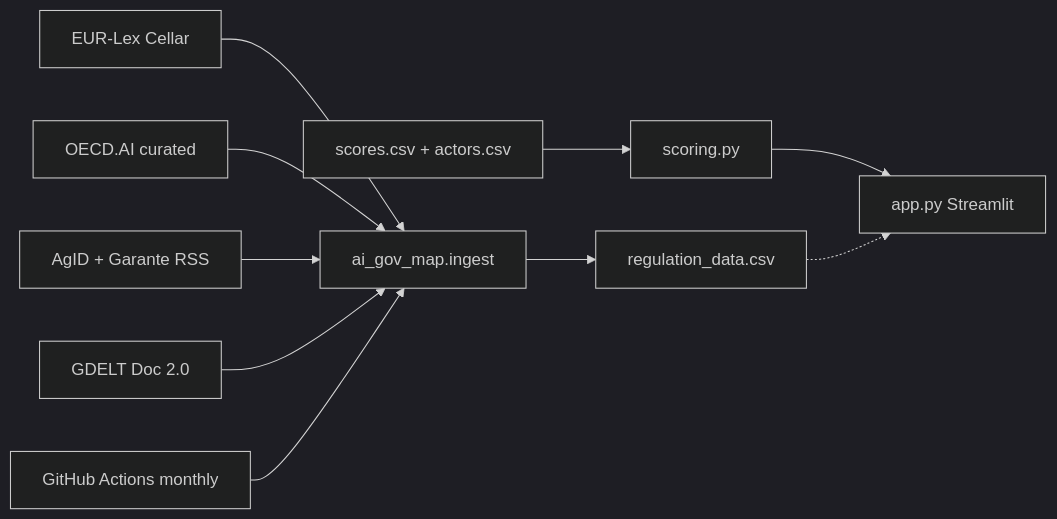
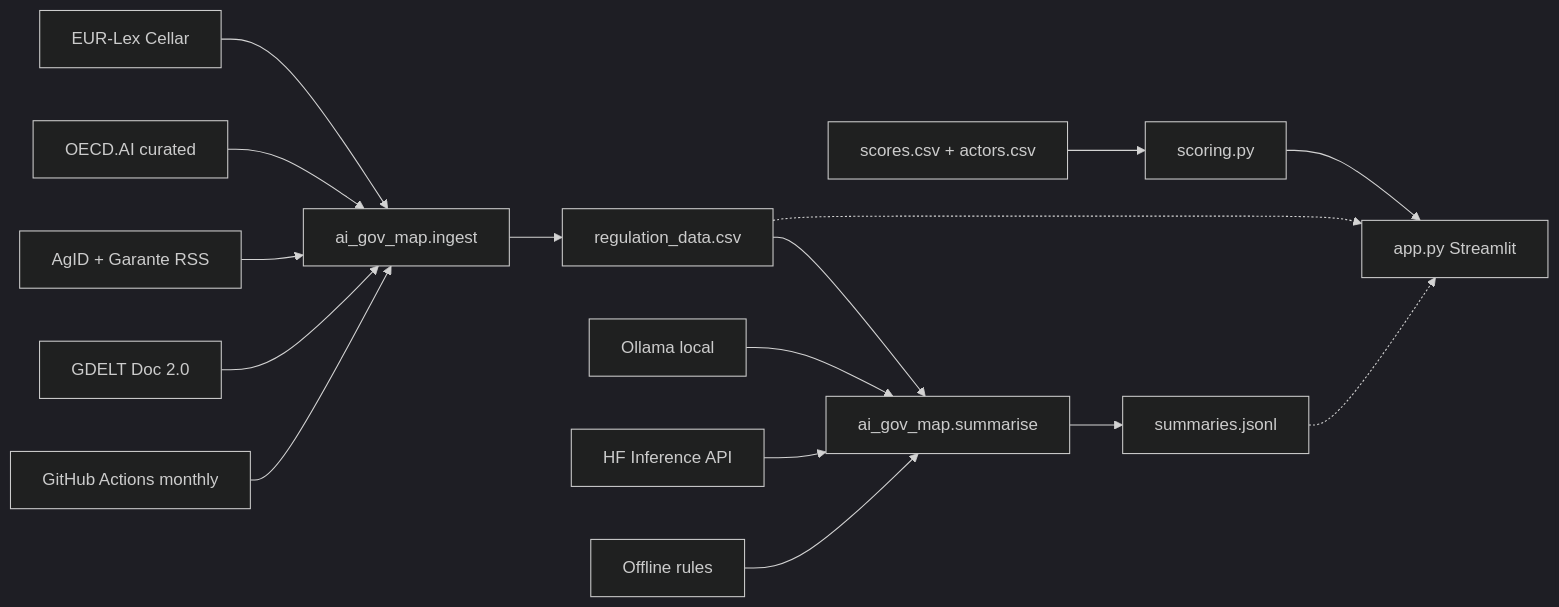
The diagram in README.md (val-3ntin/AI_Governance_map), drawn with Mermaid (dark theme) before and after one commit. The commit also changed other lines of this file and 9 other files, not shown here.

First line of the commit message:
Add Phase 2 LLM summarisation with Ollama/HF/offline backends.

````diff
--- a/README.md
+++ b/README.md
@@ -27,12 +28,18 @@
 ```mermaid
 flowchart LR
   EUR[EUR-Lex Cellar] --> Ingest[ai_gov_map.ingest]
   OECD[OECD.AI curated] --> Ingest
   RSS[AgID + Garante RSS] --> Ingest
   GDELT[GDELT Doc 2.0] --> Ingest
   Ingest --> CSV[regulation_data.csv]
+  CSV --> Sum[ai_gov_map.summarise]
+  Ollama[Ollama local] --> Sum
+  HF[HF Inference API] --> Sum
+  Offline[Offline rules] --> Sum
+  Sum --> JSONL[summaries.jsonl]
   Scores[scores.csv + actors.csv] --> Score[scoring.py]
   Score --> App[app.py Streamlit]
   CSV -.-> App
+  JSONL -.-> App
   GH[GitHub Actions monthly] --> Ingest
 ```
````
